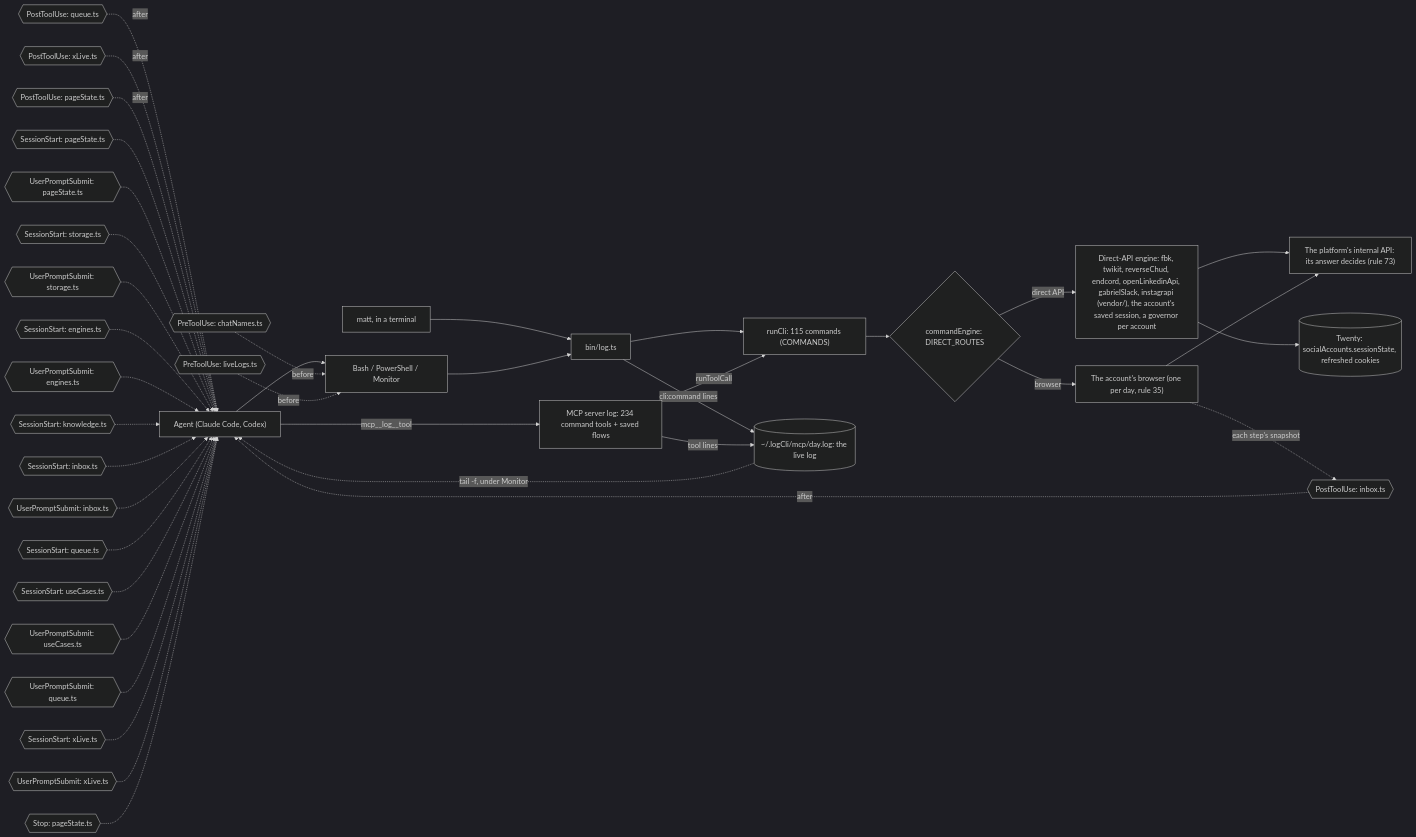
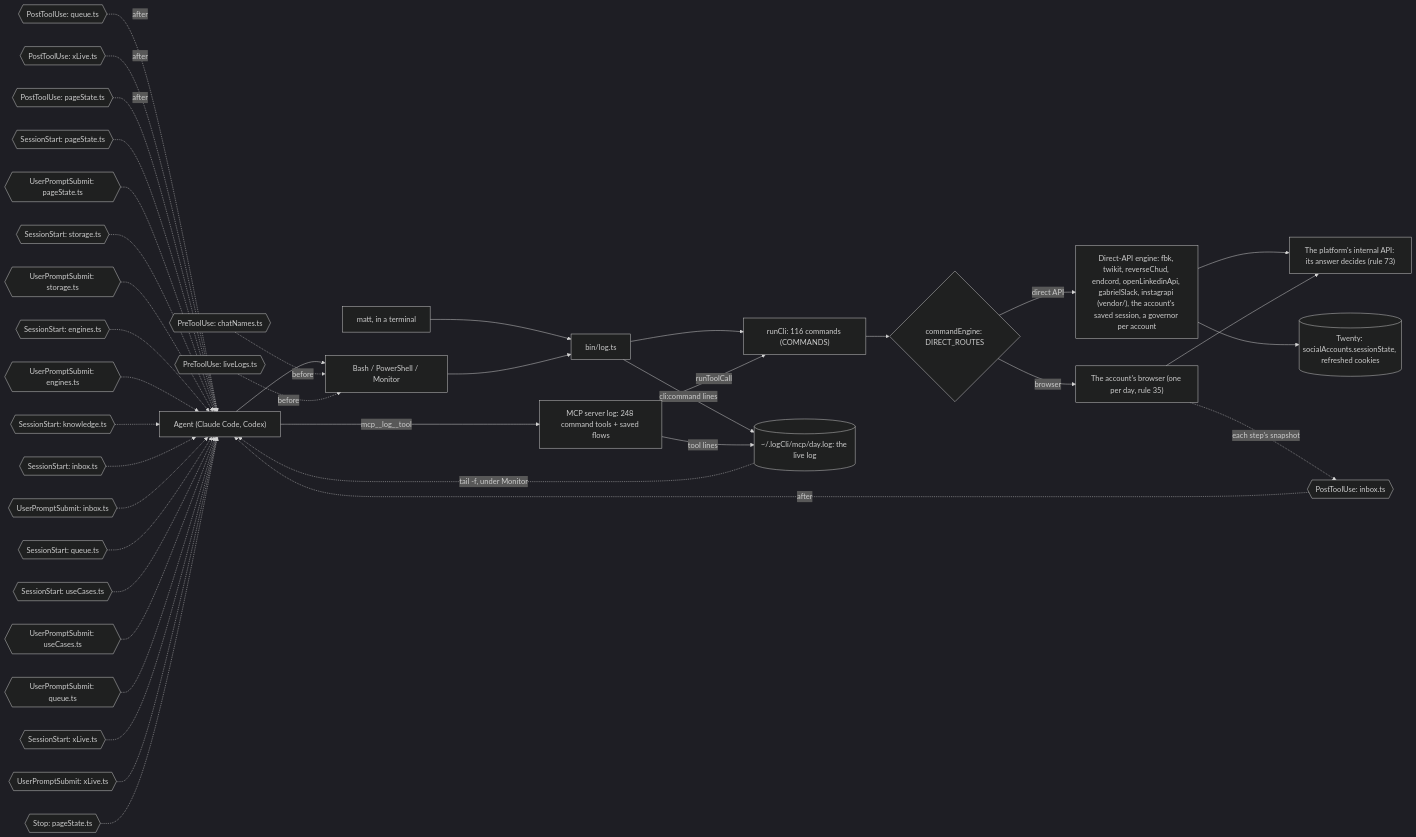
Before and after one commit to matthewdonsemail-lab/log: the third of 6 diagrams in docs/reference.md, drawn with Mermaid (dark theme). The commit also changed other lines of this file and 150 other files, not shown here.

````diff
--- a/docs/reference.md
+++ b/docs/reference.md
@@ -195,53 +195,53 @@
 ```mermaid
 flowchart LR
   agent["Agent (Claude Code, Codex)"]
   matt["matt, in a terminal"]
   shell["Bash / PowerShell / Monitor"]
-  mcp["MCP server log: 234 command tools + saved flows"]
+  mcp["MCP server log: 248 command tools + saved flows"]
   bin["bin/log.ts"]
-  runCli["runCli: 115 commands (COMMANDS)"]
+  runCli["runCli: 116 commands (COMMANDS)"]
   live[("~/.logCli/mcp/day.log: the live log")]
   engine{"commandEngine: DIRECT_ROUTES"}
   direct["Direct-API engine: fbk, twikit, reverseChud, endcord, openLinkedinApi, gabrielSlack, instagrapi (vendor/), the account's saved session, a governor per account"]
   browser["The account's browser (one per day, rule 35)"]
   api["The platform's internal API: its answer decides (rule 73)"]
   twenty[("Twenty: socialAccounts.sessionState, refreshed cookies")]
   agent --> shell
   matt --> bin
   shell --> bin
   agent -->|mcp__log__tool| mcp
   bin --> runCli
   mcp -->|runToolCall| runCli
   runCli --> engine
   engine -->|direct API| direct
   engine -->|browser| browser
   direct --> api
   browser --> api
   direct --> twenty
   bin -->|cli:command lines| live
   mcp -->|tool lines| live
   live -.->|tail -f, under Monitor| agent
   pre0{{"PreToolUse: chatNames.ts"}} -.->|before| shell
   pre1{{"PreToolUse: liveLogs.ts"}} -.->|before| shell
   post0{{"PostToolUse: inbox.ts"}} -.->|after| agent
   post1{{"PostToolUse: queue.ts"}} -.->|after| agent
   post2{{"PostToolUse: xLive.ts"}} -.->|after| agent
   post3{{"PostToolUse: pageState.ts"}} -.->|after| agent
   turn0{{"SessionStart: pageState.ts"}} -.-> agent
   turn1{{"UserPromptSubmit: pageState.ts"}} -.-> agent
   turn2{{"SessionStart: storage.ts"}} -.-> agent
   turn3{{"UserPromptSubmit: storage.ts"}} -.-> agent
   turn4{{"SessionStart: engines.ts"}} -.-> agent
   turn5{{"UserPromptSubmit: engines.ts"}} -.-> agent
   turn6{{"SessionStart: knowledge.ts"}} -.-> agent
   turn7{{"SessionStart: inbox.ts"}} -.-> agent
   turn8{{"UserPromptSubmit: inbox.ts"}} -.-> agent
   turn9{{"SessionStart: queue.ts"}} -.-> agent
   turn10{{"SessionStart: useCases.ts"}} -.-> agent
   turn11{{"UserPromptSubmit: useCases.ts"}} -.-> agent
   turn12{{"UserPromptSubmit: queue.ts"}} -.-> agent
   turn13{{"SessionStart: xLive.ts"}} -.-> agent
   turn14{{"UserPromptSubmit: xLive.ts"}} -.-> agent
   turn15{{"Stop: pageState.ts"}} -.-> agent
   browser -.->|each step's snapshot| post0
 ```
````
